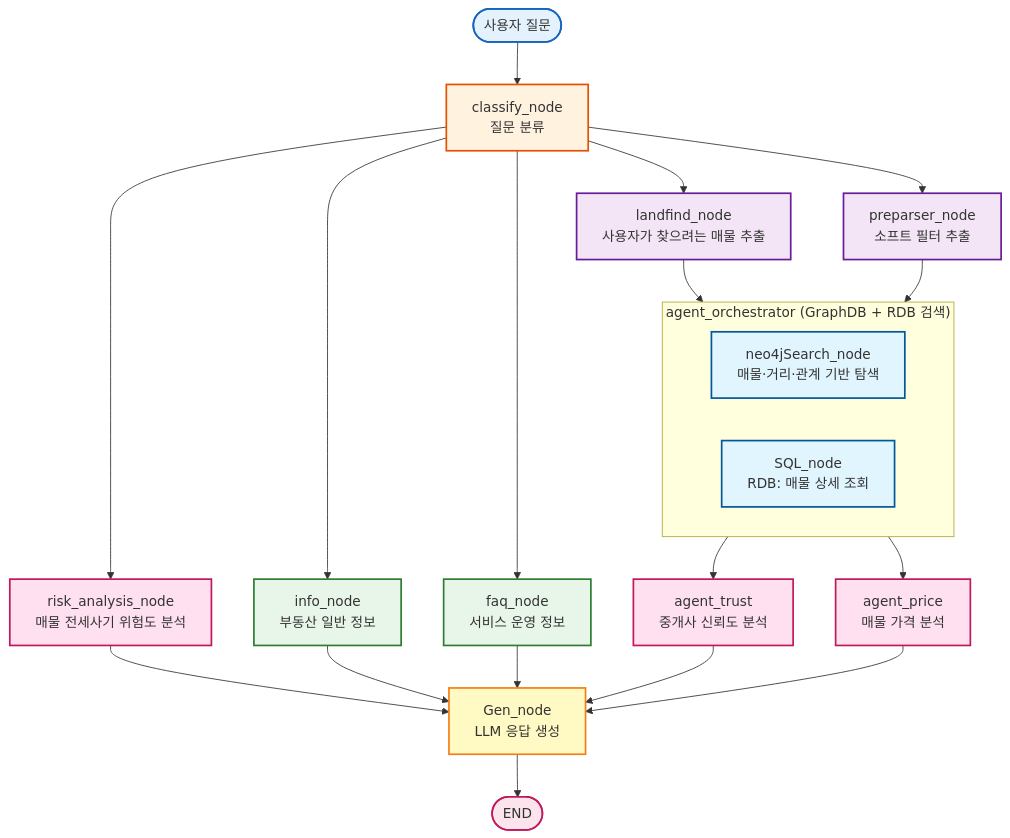
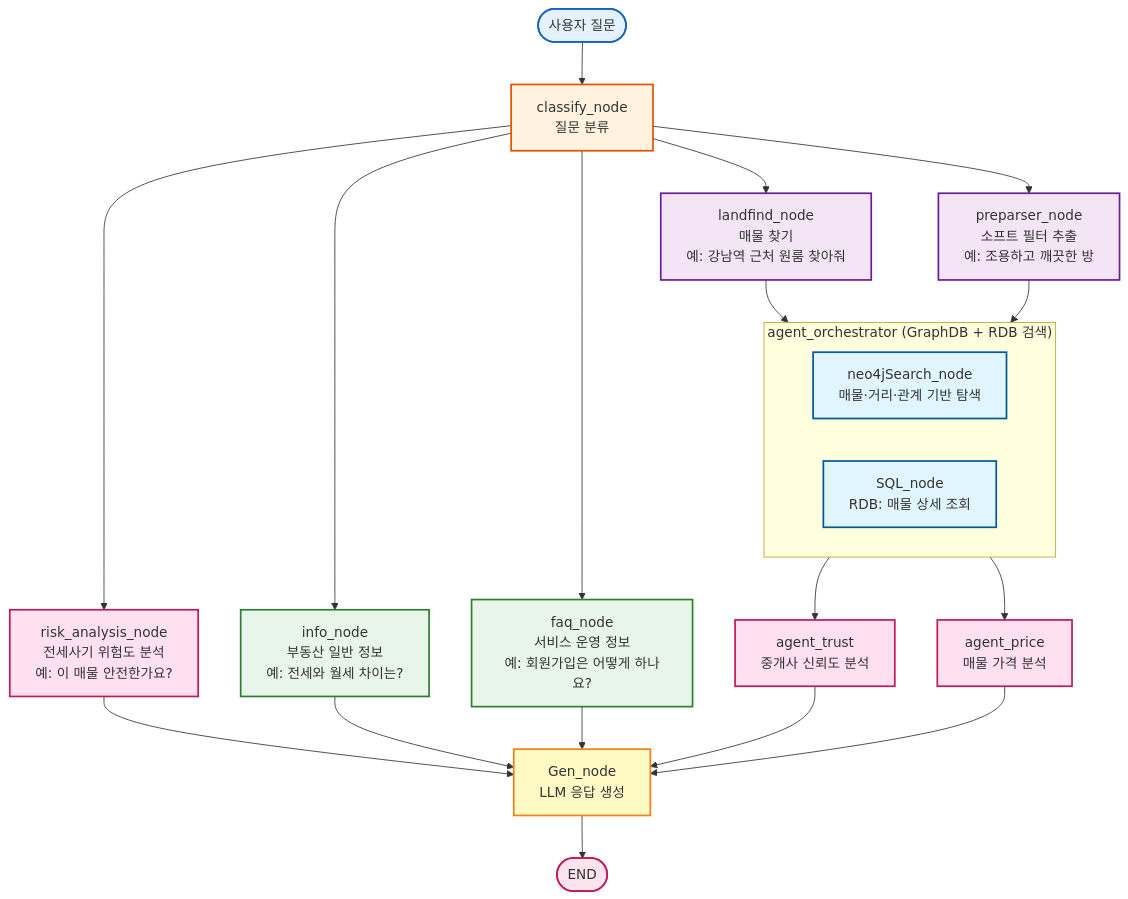
The eighth of 8 diagrams in docs/Architecture_Diagrams.md (eunjeong0911/Property-recommend), drawn with Mermaid before and after one commit. The commit also changed other lines of this file and 4 other files, not shown here.

````diff
--- a/docs/Architecture_Diagrams.md
+++ b/docs/Architecture_Diagrams.md
@@ -372,54 +277,54 @@
 ```mermaid
 flowchart TD
     START([사용자 질문])
     
     START --> CLASSIFY[classify_node<br/>질문 분류]
     
-    CLASSIFY --> RISK[risk_analysis_node<br/>매물 전세사기 위험도 분석]
-    CLASSIFY --> LANDFIND[landfind_node<br/>사용자가 찾으려는 매물 추출]
-    CLASSIFY --> PREPARSER[preparser_node<br/>소프트 필터 추출]
-    CLASSIFY --> INFO[info_node<br/>부동산 일반 정보]
-    CLASSIFY --> FAQ[faq_node<br/>서비스 운영 정보]
+    CLASSIFY --> RISK[risk_analysis_node<br/>전세사기 위험도 분석<br/>예: 이 매물 안전한가요?]
+    CLASSIFY --> LANDFIND[landfind_node<br/>매물 찾기<br/>예: 강남역 근처 원룸 찾아줘]
+    CLASSIFY --> PREPARSER[preparser_node<br/>소프트 필터 추출<br/>예: 조용하고 깨끗한 방]
+    CLASSIFY --> INFO[info_node<br/>부동산 일반 정보<br/>예: 전세와 월세 차이는?]
+    CLASSIFY --> FAQ[faq_node<br/>서비스 운영 정보<br/>예: 회원가입은 어떻게 하나요?]
     
     RISK --> GEN
     
     LANDFIND --> ORCHESTRATOR
     PREPARSER --> ORCHESTRATOR
     
     INFO --> GEN
     FAQ --> GEN
     
     subgraph ORCHESTRATOR["agent_orchestrator (GraphDB + RDB 검색)"]
         NEO4J[neo4jSearch_node<br/>매물·거리·관계 기반 탐색]
         SQL[SQL_node<br/>RDB: 매물 상세 조회]
     end
     
     ORCHESTRATOR --> AGENT_TRUST[agent_trust<br/>중개사 신뢰도 분석]
     ORCHESTRATOR --> AGENT_PRICE[agent_price<br/>매물 가격 분석]
     
     AGENT_TRUST --> GEN
     AGENT_PRICE --> GEN
     
     GEN[Gen_node<br/>LLM 응답 생성]
     
     GEN --> END([END])
     
     classDef input fill:#e3f2fd,stroke:#1565c0,stroke-width:2px
     classDef classify fill:#fff3e0,stroke:#e65100,stroke-width:2px
     classDef extract fill:#f3e5f5,stroke:#6a1b9a,stroke-width:2px
     classDef info fill:#e8f5e9,stroke:#2e7d32,stroke-width:2px
     classDef analysis fill:#ffe0f0,stroke:#c2185b,stroke-width:2px
     classDef search fill:#e1f5fe,stroke:#01579b,stroke-width:2px
     classDef generate fill:#fff9c4,stroke:#f57f17,stroke-width:2px
     classDef output fill:#fce4ec,stroke:#c2185b,stroke-width:2px
     classDef invisible fill:none,stroke:none
     
     class START input
     class CLASSIFY classify
     class LANDFIND,PREPARSER extract
     class INFO,FAQ info
     class RISK,AGENT_TRUST,AGENT_PRICE analysis
     class NEO4J,SQL search
     class GEN generate
     class END output
 ```
````
